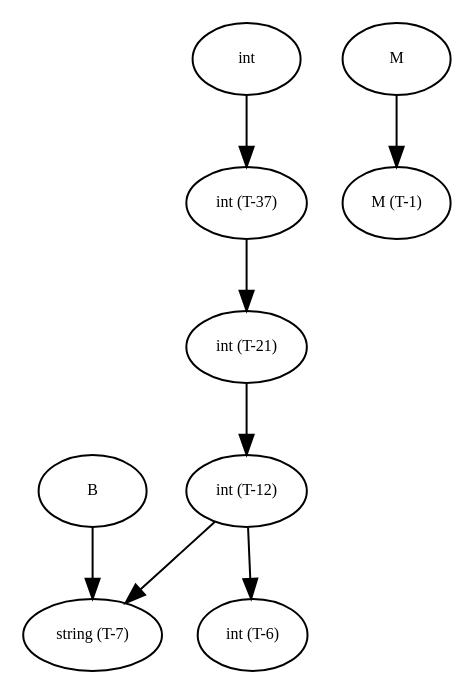
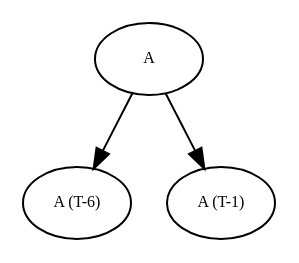
One commit to amso100/livescript-declarations changed the diagram in graphs/debug_tree0.dot. Above: the diagram before and after it, drawn with Graphviz. The commit also changed 11 other files, not shown here.

```diff
--- a/graphs/debug_tree0.dot
+++ b/graphs/debug_tree0.dot
@@ -1,74 +1,24 @@
 digraph RGL__DirectedAdjacencyGraph {
-    int [
+    A [
         fontsize = 8,
-        label = int
+        label = A
     ]
 
-    "int (T-37)" [
+    "A (T-6)" [
         fontsize = 8,
-        label = "int (T-37)"
+        label = "A (T-6)"
     ]
 
-    "int (T-21)" [
+    "A (T-1)" [
         fontsize = 8,
-        label = "int (T-21)"
+        label = "A (T-1)"
     ]
 
-    "int (T-12)" [
-        fontsize = 8,
-        label = "int (T-12)"
-    ]
-
-    "string (T-7)" [
-        fontsize = 8,
-        label = "string (T-7)"
-    ]
-
-    "int (T-6)" [
-        fontsize = 8,
-        label = "int (T-6)"
-    ]
-
-    B [
-        fontsize = 8,
-        label = B
-    ]
-
-    M [
-        fontsize = 8,
-        label = M
-    ]
-
-    "M (T-1)" [
-        fontsize = 8,
-        label = "M (T-1)"
-    ]
-
-    int -> "int (T-37)" [
+    A -> "A (T-6)" [
         fontsize = 8
     ]
 
-    "int (T-37)" -> "int (T-21)" [
-        fontsize = 8
-    ]
-
-    "int (T-21)" -> "int (T-12)" [
-        fontsize = 8
-    ]
-
-    "int (T-12)" -> "string (T-7)" [
-        fontsize = 8
-    ]
-
-    "int (T-12)" -> "int (T-6)" [
-        fontsize = 8
-    ]
-
-    B -> "string (T-7)" [
-        fontsize = 8
-    ]
-
-    M -> "M (T-1)" [
+    A -> "A (T-1)" [
         fontsize = 8
     ]
 }
```
